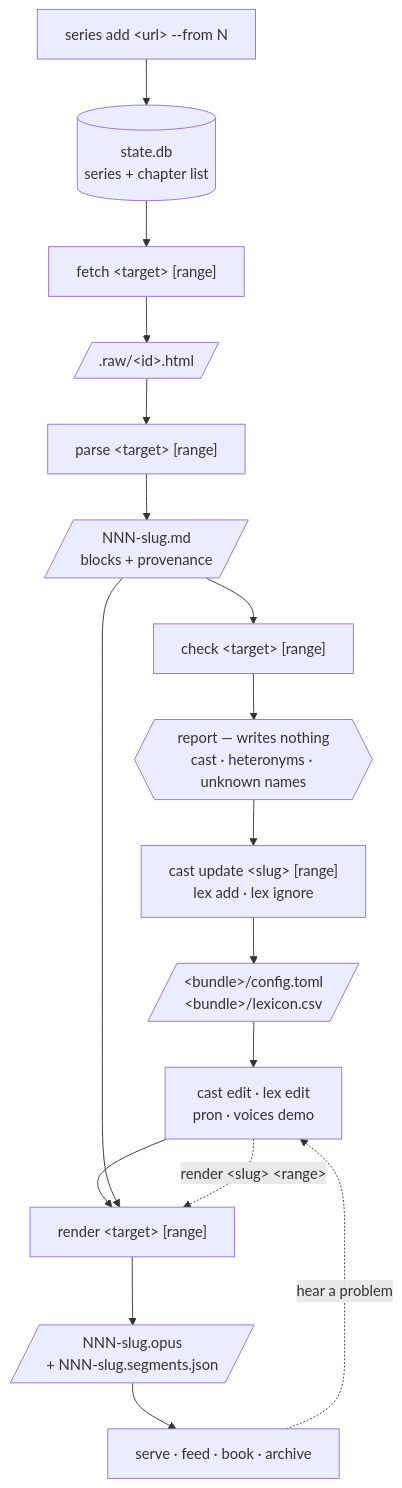
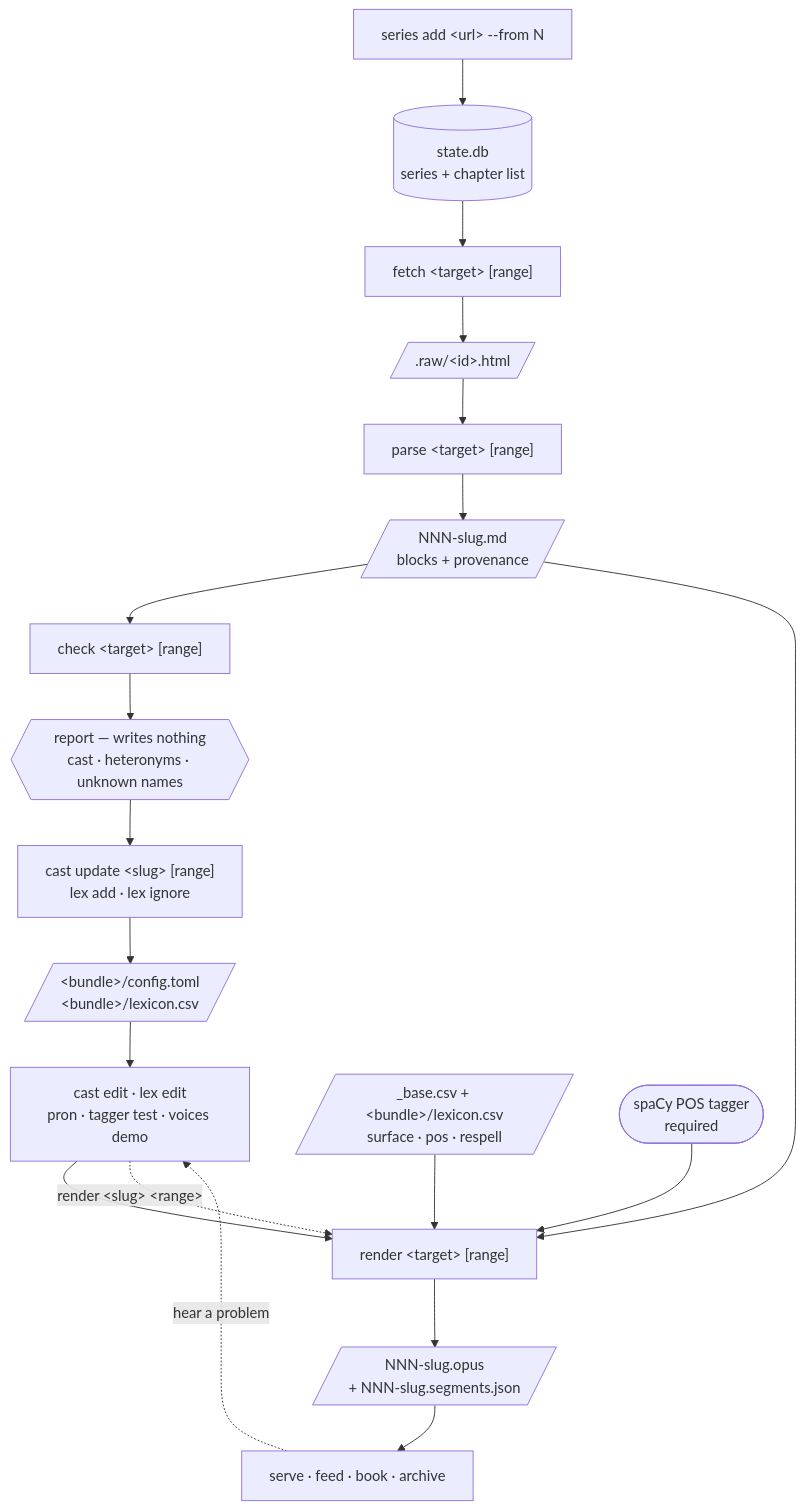
One commit to jrobrien/webnovel-audio changed the diagram in README.md. Above: the diagram before and after it, drawn with Mermaid. The commit also changed other lines of this file and 18 other files, not shown here.

````diff
--- a/README.md
+++ b/README.md
@@ -78,19 +79,21 @@
 ```mermaid
 flowchart TD
     A["series add &lt;url&gt; --from N"] --> DB[("state.db<br/>series + chapter list")]
     DB --> F["fetch &lt;target&gt; [range]"]
     F --> RAW[/".raw/&lt;id&gt;.html"/]
     RAW --> P["parse &lt;target&gt; [range]"]
     P --> MD[/"NNN-slug.md<br/>blocks + provenance"/]
     MD --> CK["check &lt;target&gt; [range]"]
     CK --> REP{{"report — writes nothing<br/>cast · heteronyms · unknown names"}}
     REP --> AP["cast update &lt;slug&gt; [range]<br/>lex add · lex ignore"]
     AP --> CFG[/"&lt;bundle&gt;/config.toml<br/>&lt;bundle&gt;/lexicon.csv"/]
-    CFG --> ED["cast edit · lex edit<br/>pron · voices demo"]
+    CFG --> ED["cast edit · lex edit<br/>pron · tagger test · voices demo"]
     ED --> R["render &lt;target&gt; [range]"]
     MD --> R
+    LEX[/"_base.csv + &lt;bundle&gt;/lexicon.csv<br/>surface · pos · respell"/] --> R
+    TAG(["spaCy POS tagger<br/>required"]) --> R
     R --> OP[/"NNN-slug.opus<br/>+ NNN-slug.segments.json"/]
     OP --> D["serve · feed · book · archive"]
     D -.->|"hear a problem"| ED
     ED -.->|"render &lt;slug&gt; &lt;range&gt;"| R
 ```
````
